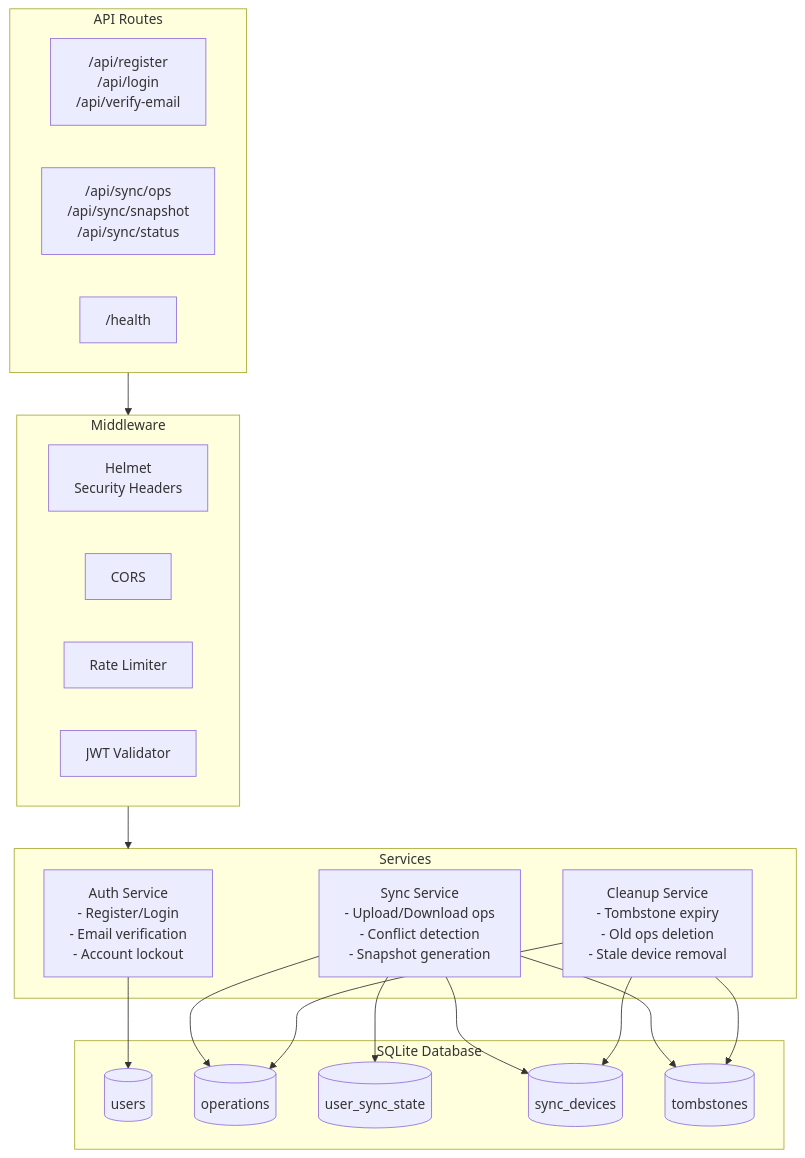
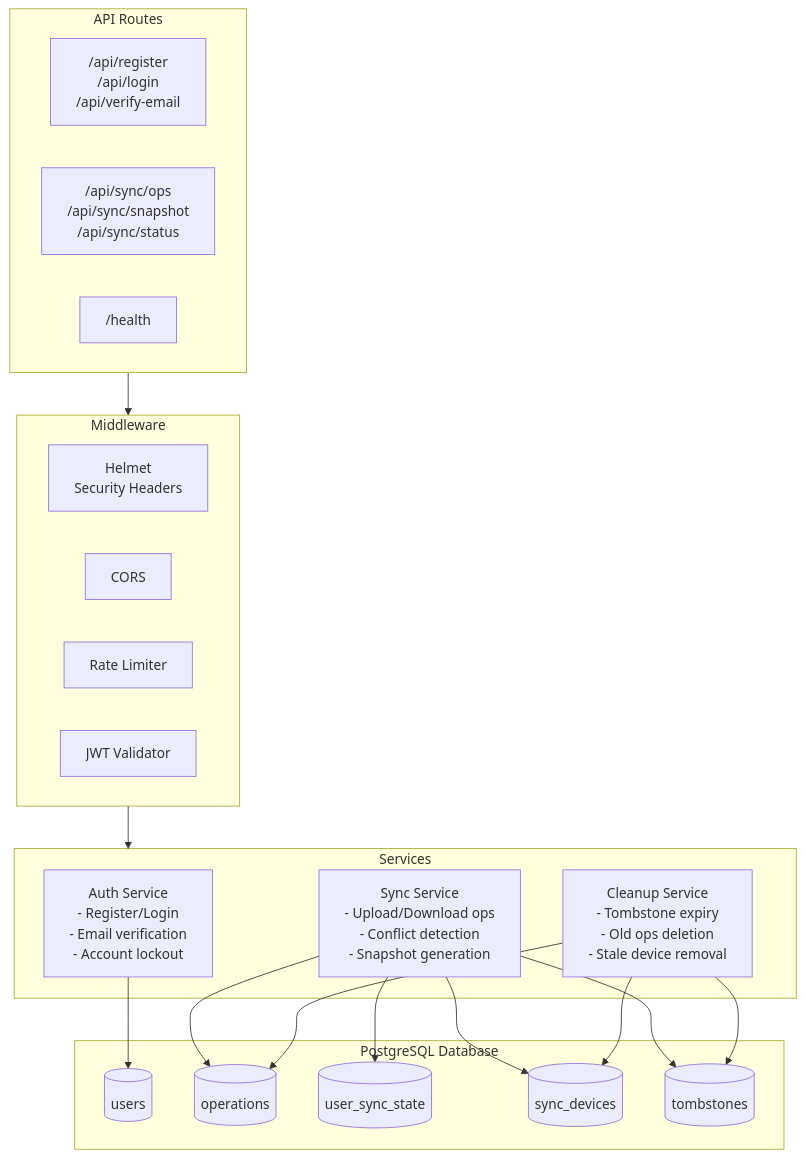
The second of 29 diagrams in packages/super-sync-server/sync-server-architecture-diagrams.md (johannesjo/super-productivity), drawn with Mermaid before and after one commit. The commit also changed other lines of this file, not shown here.

First line of the commit message:
docs(sync): fix SQLite references to PostgreSQL in architecture diagrams

````diff
--- a/packages/super-sync-server/sync-server-architecture-diagrams.md
+++ b/packages/super-sync-server/sync-server-architecture-diagrams.md
@@ -39,40 +39,40 @@
 ```mermaid
 flowchart TB
     subgraph Routes["API Routes"]
         AuthR["/api/register<br/>/api/login<br/>/api/verify-email"]
         SyncR["/api/sync/ops<br/>/api/sync/snapshot<br/>/api/sync/status"]
         Health["/health"]
     end
 
     subgraph Middleware
         Helmet[Helmet<br/>Security Headers]
         CORS[CORS]
         RateLimit[Rate Limiter]
         JWTAuth[JWT Validator]
     end
 
     subgraph Services
         AuthS[Auth Service<br/>- Register/Login<br/>- Email verification<br/>- Account lockout]
         SyncS[Sync Service<br/>- Upload/Download ops<br/>- Conflict detection<br/>- Snapshot generation]
         CleanupS[Cleanup Service<br/>- Tombstone expiry<br/>- Old ops deletion<br/>- Stale device removal]
     end
 
-    subgraph Database["SQLite Database"]
+    subgraph Database["PostgreSQL Database"]
         Users[(users)]
         Ops[(operations)]
         SyncState[(user_sync_state)]
         Devices[(sync_devices)]
         Tombstones[(tombstones)]
     end
 
     Routes --> Middleware
     Middleware --> Services
     AuthS --> Users
     SyncS --> Ops
     SyncS --> SyncState
     SyncS --> Devices
     SyncS --> Tombstones
     CleanupS --> Ops
     CleanupS --> Devices
     CleanupS --> Tombstones
 ```
````
